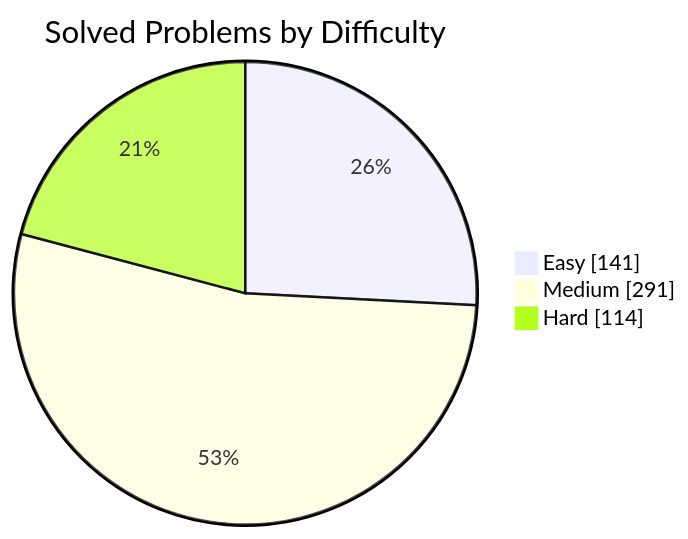
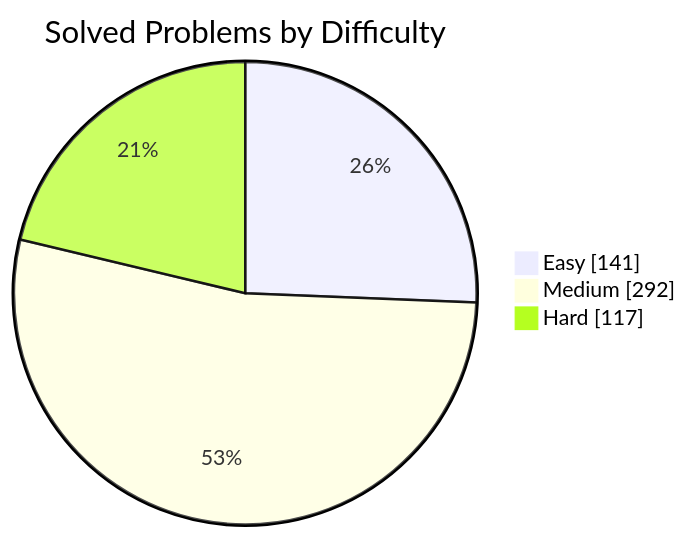
One commit to manikantbindass/DSA-Preparation-FAANG changed the first of 2 diagrams in README.md. Above: the diagram before and after it, drawn with Mermaid. The commit also changed other lines of this file and 1 other file, not shown here.

````diff
--- a/README.md
+++ b/README.md
@@ -79,7 +79,7 @@
 ```mermaid
 pie showData
     title Solved Problems by Difficulty
     "Easy" : 141
-    "Medium" : 291
-    "Hard" : 114
+    "Medium" : 292
+    "Hard" : 117
 ```
````
